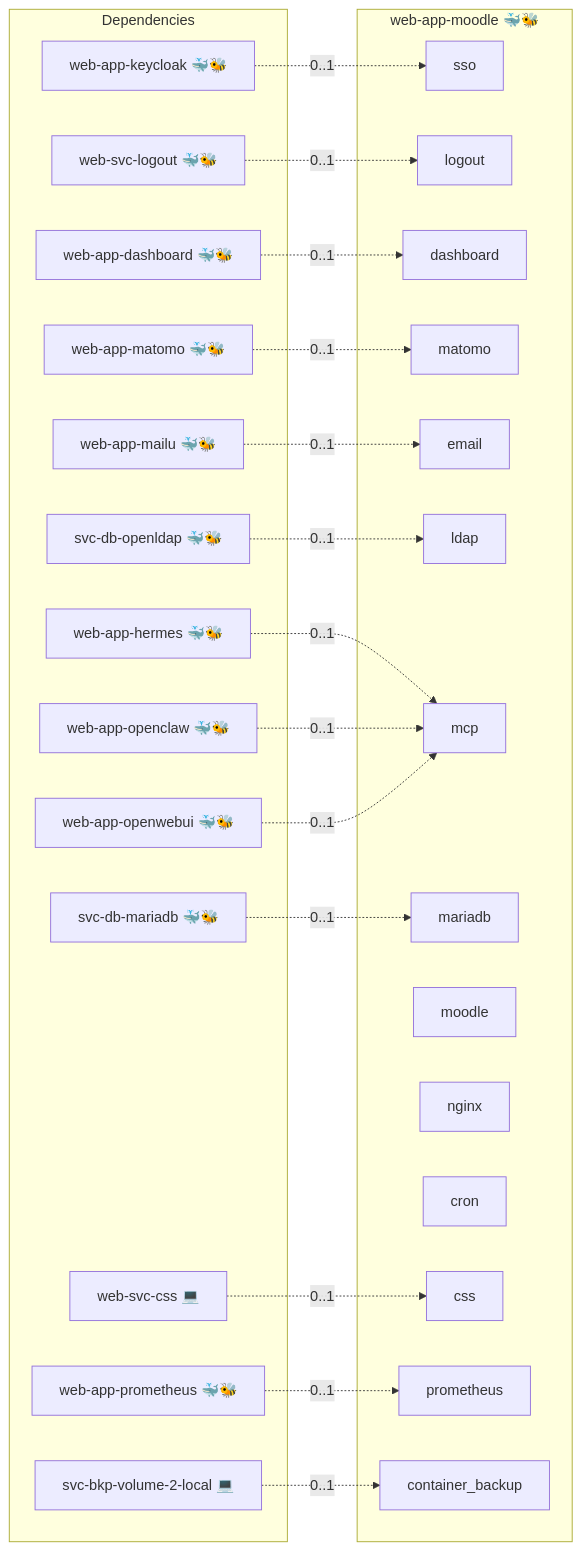
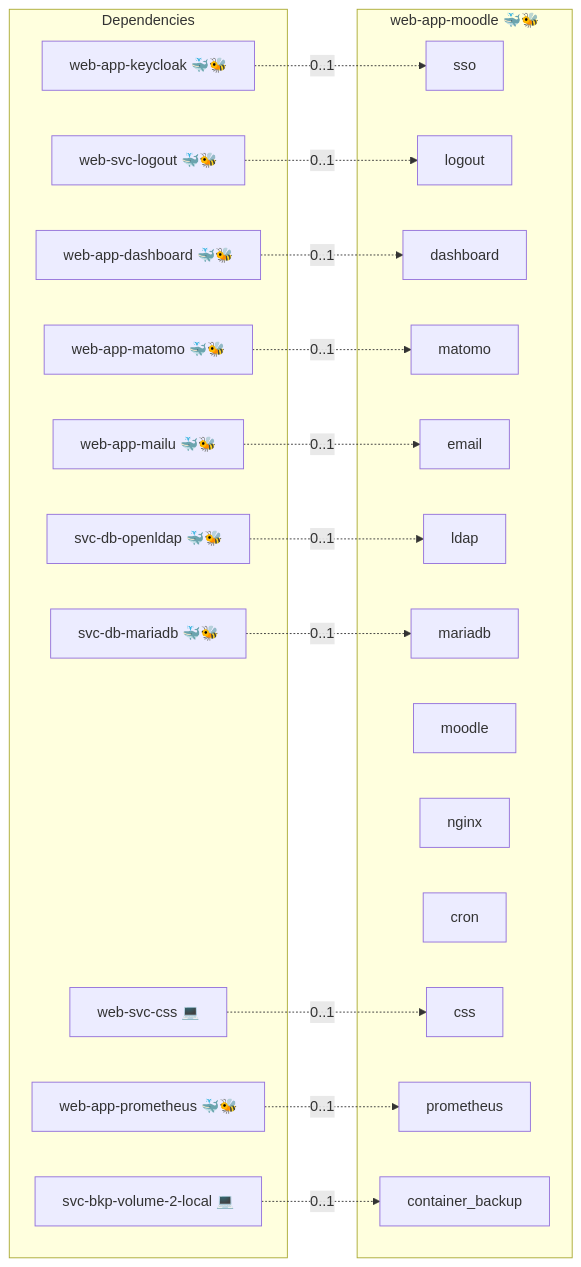
One commit to infinito-nexus/core changed the diagram in roles/web-app-moodle/README.md. Above: the diagram before and after it, drawn with Mermaid. The commit also changed other lines of this file and 142 other files, not shown here.

````diff
--- a/roles/web-app-moodle/README.md
+++ b/roles/web-app-moodle/README.md
@@ -15,47 +15,40 @@
 ```mermaid
 flowchart LR
     subgraph deps [Dependencies]
         dep_svc_bkp_volume_2_local["svc-bkp-volume-2-local 💻"]
         dep_svc_db_mariadb["svc-db-mariadb 🐳🐝"]
         dep_svc_db_openldap["svc-db-openldap 🐳🐝"]
         dep_web_app_dashboard["web-app-dashboard 🐳🐝"]
-        dep_web_app_hermes["web-app-hermes 🐳🐝"]
         dep_web_app_keycloak["web-app-keycloak 🐳🐝"]
         dep_web_app_mailu["web-app-mailu 🐳🐝"]
         dep_web_app_matomo["web-app-matomo 🐳🐝"]
-        dep_web_app_openclaw["web-app-openclaw 🐳🐝"]
-        dep_web_app_openwebui["web-app-openwebui 🐳🐝"]
         dep_web_app_prometheus["web-app-prometheus 🐳🐝"]
         dep_web_svc_css["web-svc-css 💻"]
         dep_web_svc_logout["web-svc-logout 🐳🐝"]
     end
     subgraph role [web-app-moodle 🐳🐝]
         svc_sso["sso"]
         svc_logout["logout"]
         svc_dashboard["dashboard"]
         svc_matomo["matomo"]
         svc_email["email"]
         svc_ldap["ldap"]
-        svc_mcp["mcp"]
         svc_mariadb["mariadb"]
         svc_moodle["moodle"]
         svc_nginx["nginx"]
         svc_cron["cron"]
         svc_css["css"]
         svc_prometheus["prometheus"]
         svc_container_backup["container_backup"]
     end
     dep_svc_bkp_volume_2_local -. "0..1" .-> svc_container_backup
     dep_svc_db_mariadb -. "0..1" .-> svc_mariadb
     dep_svc_db_openldap -. "0..1" .-> svc_ldap
     dep_web_app_dashboard -. "0..1" .-> svc_dashboard
-    dep_web_app_hermes -. "0..1" .-> svc_mcp
     dep_web_app_keycloak -. "0..1" .-> svc_sso
     dep_web_app_mailu -. "0..1" .-> svc_email
     dep_web_app_matomo -. "0..1" .-> svc_matomo
-    dep_web_app_openclaw -. "0..1" .-> svc_mcp
-    dep_web_app_openwebui -. "0..1" .-> svc_mcp
     dep_web_app_prometheus -. "0..1" .-> svc_prometheus
     dep_web_svc_css -. "0..1" .-> svc_css
     dep_web_svc_logout -. "0..1" .-> svc_logout
 ```
````
